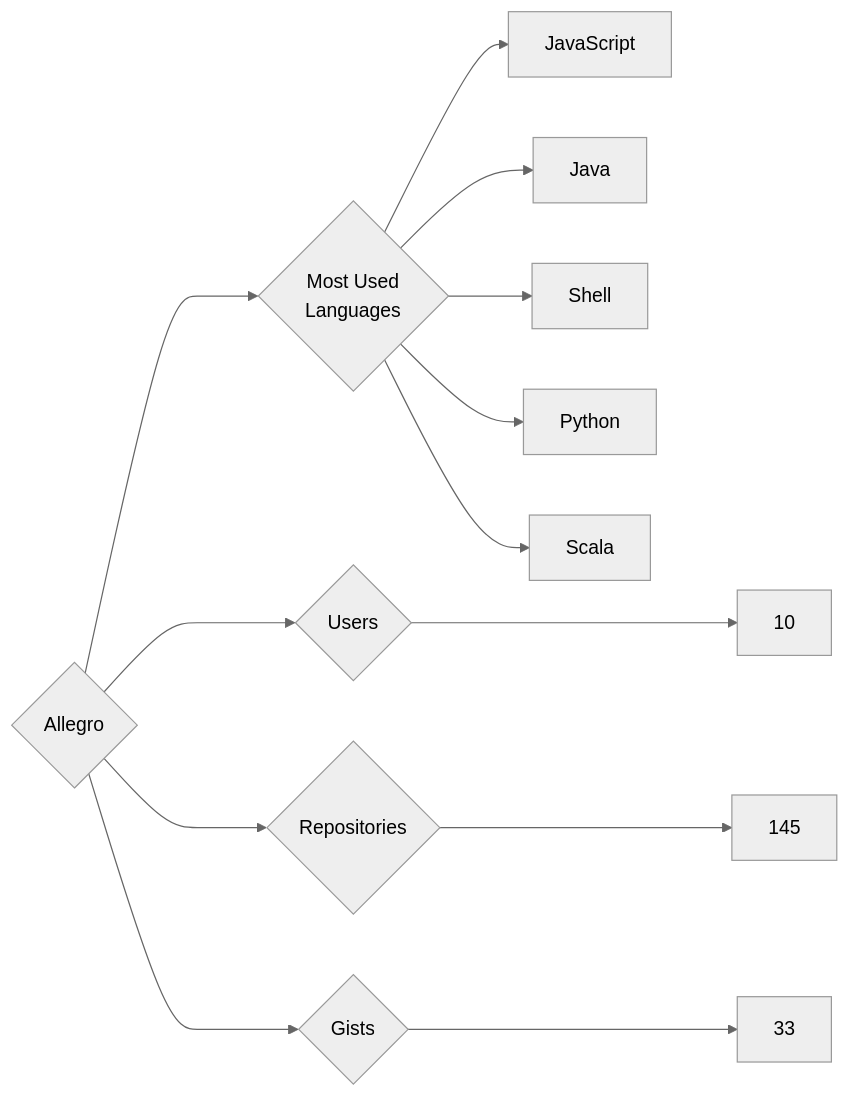
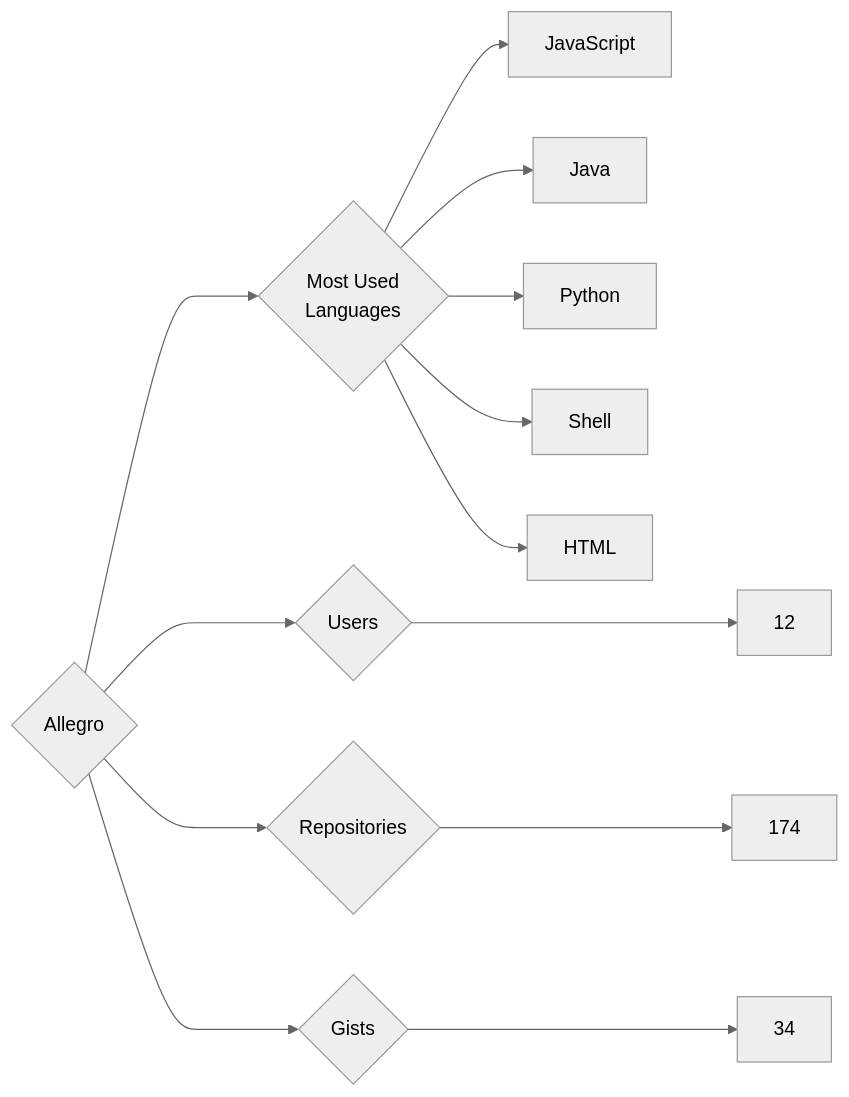
One commit to trickest/insiders changed the diagram in targets/Allegro/README.md. Above: the diagram before and after it, drawn with Mermaid (neutral theme). The commit also changed 823 other files, not shown here.

````diff
--- a/targets/Allegro/README.md
+++ b/targets/Allegro/README.md
@@ -3,13 +3,13 @@
 ```mermaid
 graph LR
 COMPANY_NAME{Allegro}
-COMPANY_NAME ---> U{Users} ---> UN[10]
-COMPANY_NAME ---> R{Repositories} ---> RN[145]
-COMPANY_NAME ---> G{Gists} ---> GN[33]
+COMPANY_NAME ---> U{Users} ---> UN[12]
+COMPANY_NAME ---> R{Repositories} ---> RN[174]
+COMPANY_NAME ---> G{Gists} ---> GN[34]
 COMPANY_NAME ---> ML{Most Used<br>Languages}
 ML --> JavaScript[JavaScript]
 ML --> Java[Java]
+ML --> Python[Python]
 ML --> Shell[Shell]
-ML --> Python[Python]
-ML --> Scala[Scala]
+ML --> HTML[HTML]
 ```
````
